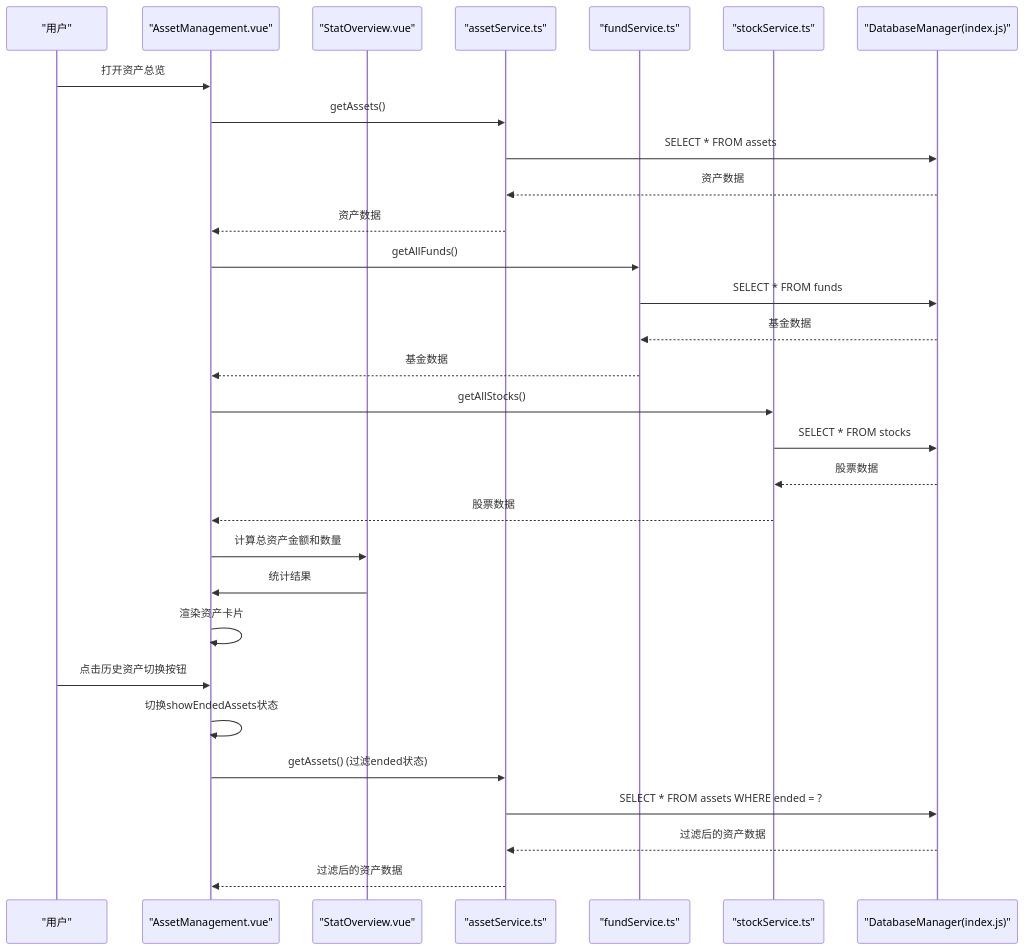
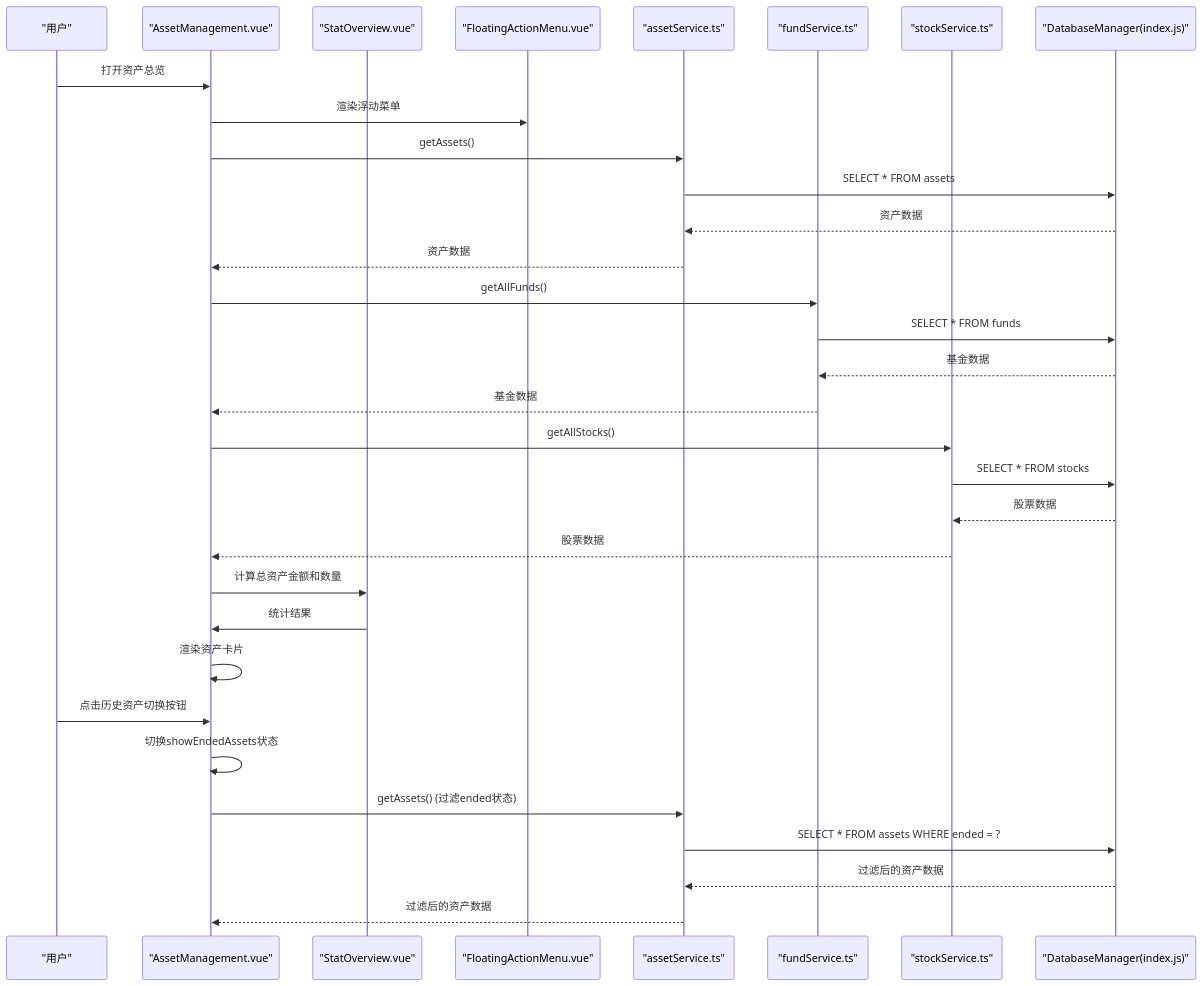
Before and after one commit to xiao-lin-unit/yuan: the second of 14 diagrams in .qoder/repowiki/zh/content/资产管理/资产管理.md, drawn with Mermaid. The commit also changed other lines of this file and 13 other files, not shown here.

````diff
--- a/.qoder/repowiki/zh/content/资产管理/资产管理.md
+++ b/.qoder/repowiki/zh/content/资产管理/资产管理.md
@@ -173,32 +166,34 @@
 ```mermaid
 sequenceDiagram
 participant U as "用户"
 participant AM as "AssetManagement.vue"
 participant SO as "StatOverview.vue"
+participant FAM as "FloatingActionMenu.vue"
 participant AS as "assetService.ts"
 participant FS as "fundService.ts"
 participant SS as "stockService.ts"
 participant DB as "DatabaseManager(index.js)"
 U->>AM : 打开资产总览
+AM->>FAM : 渲染浮动菜单
 AM->>AS : getAssets()
 AS->>DB : SELECT * FROM assets
 DB-->>AS : 资产数据
 AS-->>AM : 资产数据
 AM->>FS : getAllFunds()
 FS->>DB : SELECT * FROM funds
 DB-->>FS : 基金数据
 FS-->>AM : 基金数据
 AM->>SS : getAllStocks()
 SS->>DB : SELECT * FROM stocks
 DB-->>SS : 股票数据
 SS-->>AM : 股票数据
 AM->>SO : 计算总资产金额和数量
 SO->>AM : 统计结果
 AM->>AM : 渲染资产卡片
 U->>AM : 点击历史资产切换按钮
 AM->>AM : 切换showEndedAssets状态
 AM->>AS : getAssets() (过滤ended状态)
 AS->>DB : SELECT * FROM assets WHERE ended = ?
 DB-->>AS : 过滤后的资产数据
 AS-->>AM : 过滤后的资产数据
 ```
````
